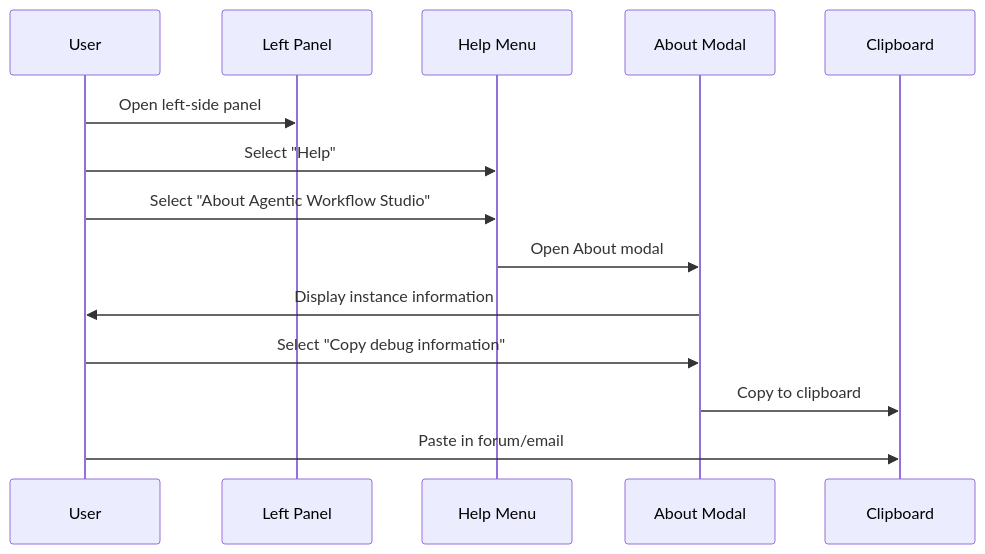
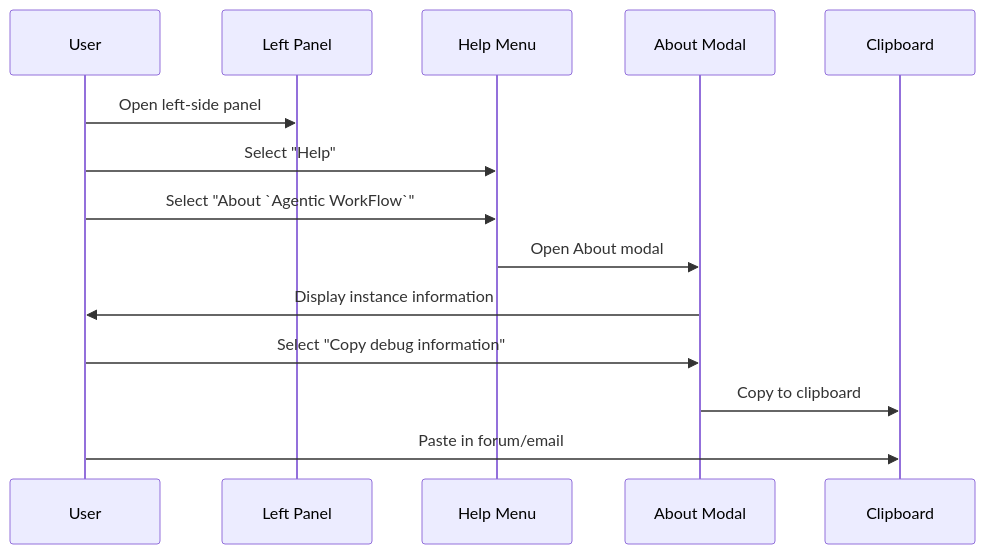
The second of 2 diagrams in src/content/docs/usage/help-and-community/help.md (agentic-com/Agentic-Flow-Doc), drawn with Mermaid before and after one commit. The commit also changed other lines of this file and 182 other files, not shown here.

````diff
--- a/src/content/docs/usage/help-and-community/help.md
+++ b/src/content/docs/usage/help-and-community/help.md
@@ -65,17 +65,17 @@
 ```mermaid
 sequenceDiagram
     participant U as User
     participant P as Left Panel
     participant H as Help Menu
     participant M as About Modal
     participant C as Clipboard
 
     U->>P: Open left-side panel
     U->>H: Select "Help"
-    U->>H: Select "About Agentic Workflow Studio"
+    U->>H: Select "About `Agentic WorkFlow`"
     H->>M: Open About modal
     M->>U: Display instance information
     U->>M: Select "Copy debug information"
     M->>C: Copy to clipboard
     U->>C: Paste in forum/email
 ```
````
